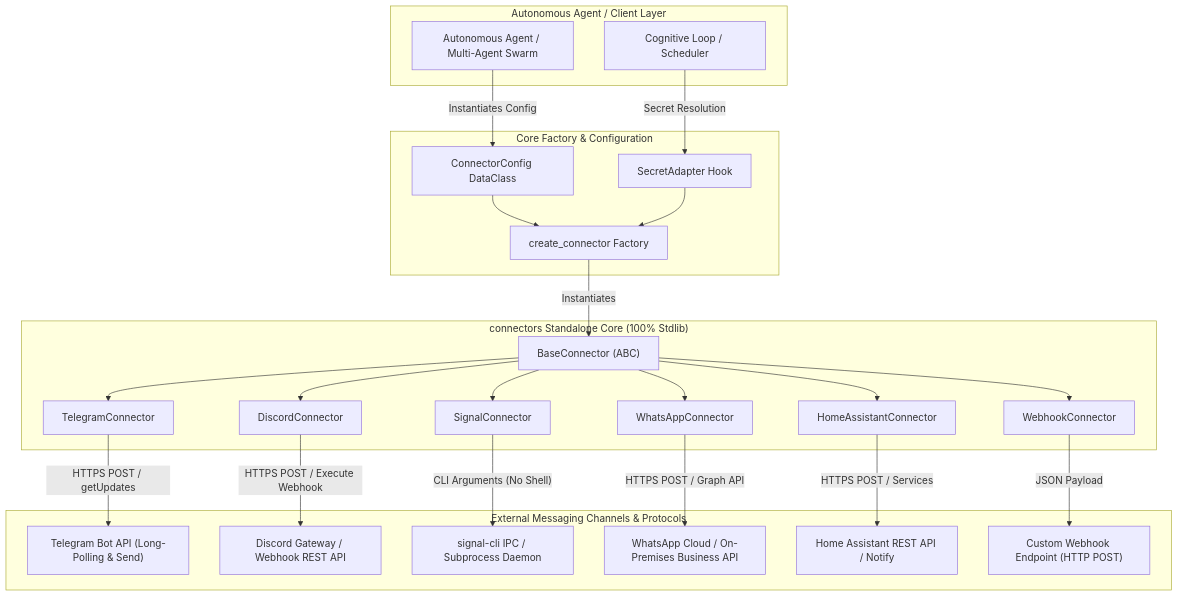
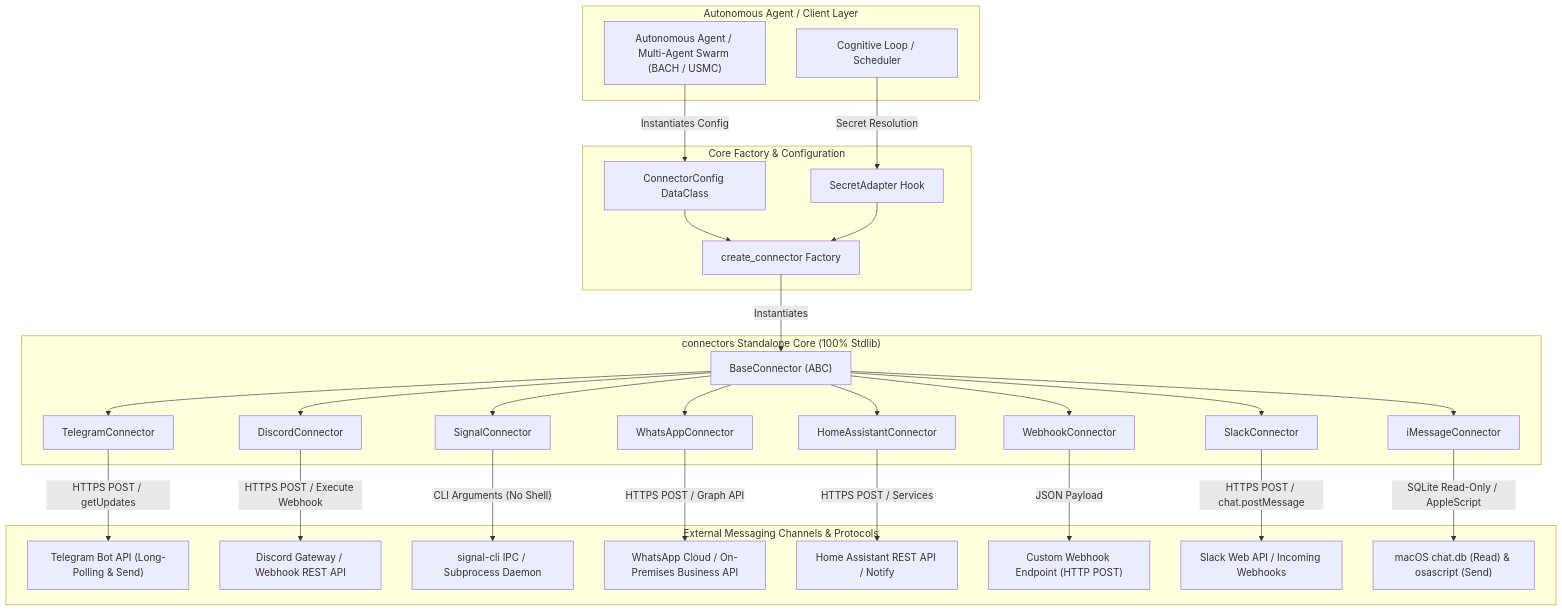
Before and after one commit to ellmos-ai/connectors: the first of 2 diagrams in README.md, drawn with Mermaid. The commit also changed other lines of this file and 12 other files, not shown here.

````diff
--- a/README.md
+++ b/README.md
@@ -59,52 +64,60 @@
 ```mermaid
 flowchart TD
     subgraph AgentLayer ["Autonomous Agent / Client Layer"]
-        A[Autonomous Agent / Multi-Agent Swarm]
-        B[Cognitive Loop / Scheduler]
+        A["Autonomous Agent / Multi-Agent Swarm (BACH / USMC)"]
+        B["Cognitive Loop / Scheduler"]
     end
 
     subgraph CoreFactory ["Core Factory & Configuration"]
-        CF[create_connector Factory]
-        CC[ConnectorConfig DataClass]
-        SA[SecretAdapter Hook]
+        CF["create_connector Factory"]
+        CC["ConnectorConfig DataClass"]
+        SA["SecretAdapter Hook"]
     end
 
     subgraph ConnectorsModule ["connectors Standalone Core (100% Stdlib)"]
         BC["BaseConnector (ABC)"]
-        TC[TelegramConnector]
-        DC[DiscordConnector]
-        SC[SignalConnector]
-        WC[WhatsAppConnector]
-        HC[HomeAssistantConnector]
-        WH[WebhookConnector]
+        TC["TelegramConnector"]
+        DC["DiscordConnector"]
+        SC["SignalConnector"]
+        WC["WhatsAppConnector"]
+        HC["HomeAssistantConnector"]
+        WH["WebhookConnector"]
+        SLC["SlackConnector"]
+        IMC["iMessageConnector"]
     end
 
     subgraph ExternalPlatforms ["External Messaging Channels & Protocols"]
         EP_TG["Telegram Bot API (Long-Polling & Send)"]
         EP_DC["Discord Gateway / Webhook REST API"]
         EP_SG["signal-cli IPC / Subprocess Daemon"]
         EP_WA["WhatsApp Cloud / On-Premises Business API"]
         EP_HA["Home Assistant REST API / Notify"]
         EP_WH["Custom Webhook Endpoint (HTTP POST)"]
+        EP_SL["Slack Web API / Incoming Webhooks"]
+        EP_IM["macOS chat.db (Read) & osascript (Send)"]
     end
 
-    A -->|Instantiates Config| CC
-    B -->|Secret Resolution| SA
+    A -->|"Instantiates Config"| CC
+    B -->|"Secret Resolution"| SA
     CC --> CF
     SA --> CF
-    CF -->|Instantiates| BC
+    CF -->|"Instantiates"| BC
 
     BC --> TC
     BC --> DC
     BC --> SC
     BC --> WC
     BC --> HC
     BC --> WH
+    BC --> SLC
+    BC --> IMC
 
-    TC -->|HTTPS POST / getUpdates| EP_TG
-    DC -->|HTTPS POST / Execute Webhook| EP_DC
+    TC -->|"HTTPS POST / getUpdates"| EP_TG
+    DC -->|"HTTPS POST / Execute Webhook"| EP_DC
     SC -->|"CLI Arguments (No Shell)"| EP_SG
-    WC -->|HTTPS POST / Graph API| EP_WA
-    HC -->|HTTPS POST / Services| EP_HA
-    WH -->|JSON Payload| EP_WH
+    WC -->|"HTTPS POST / Graph API"| EP_WA
+    HC -->|"HTTPS POST / Services"| EP_HA
+    WH -->|"JSON Payload"| EP_WH
+    SLC -->|"HTTPS POST / chat.postMessage"| EP_SL
+    IMC -->|"SQLite Read-Only / AppleScript"| EP_IM
 ```
````
